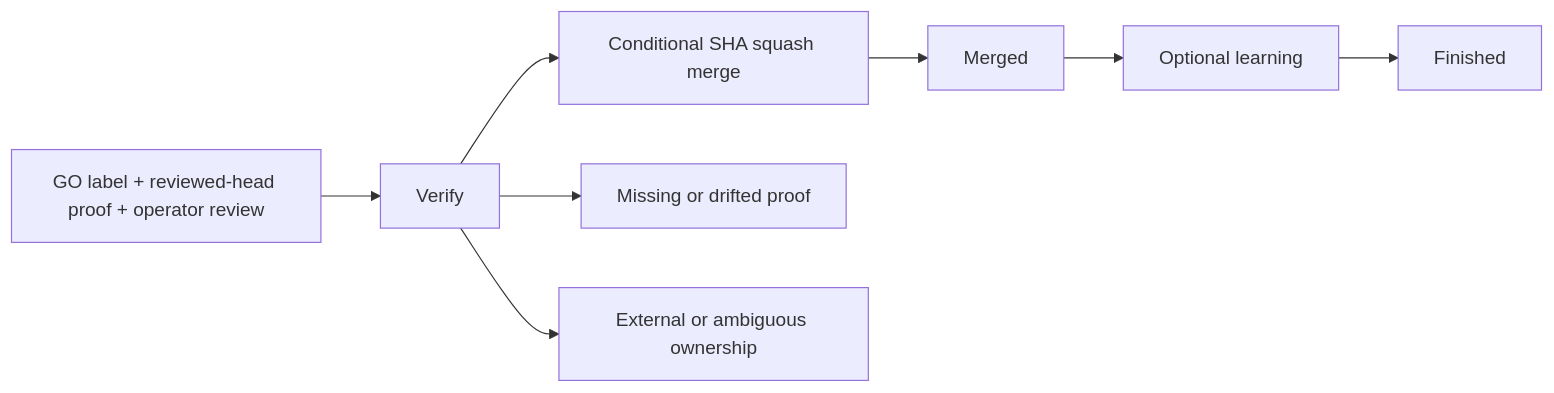
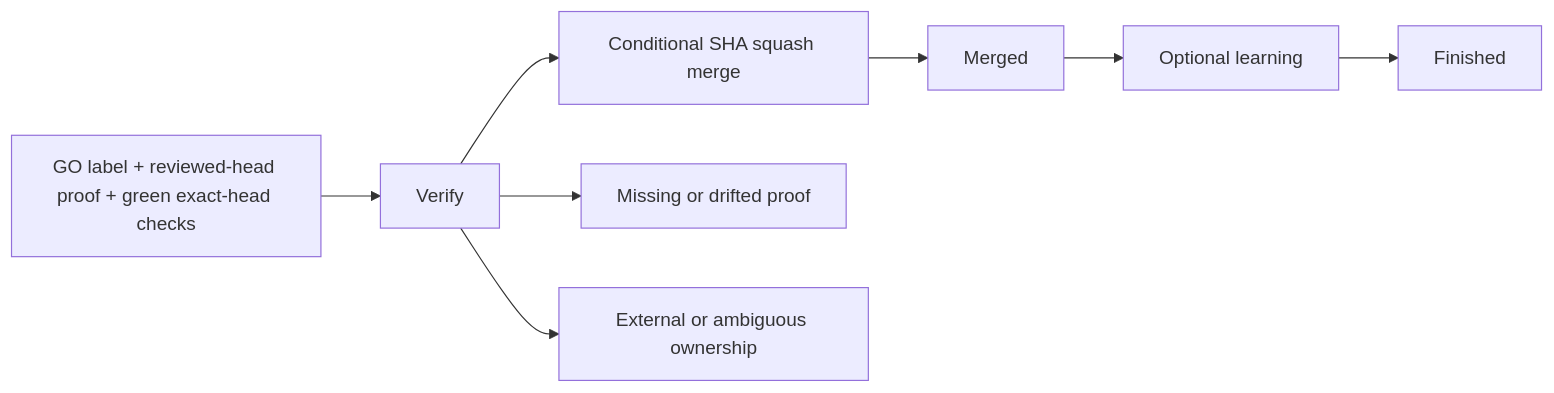
One commit to HomericIntelligence/Hephaestus changed diagram 13 of 16 in docs/architecture.md. Above: the diagram before and after it, drawn with Mermaid. The commit also changed other lines of this file and 23 other files, not shown here.

Commit message:
feat(automation): authorize reviewed green heads

````diff
--- a/docs/architecture.md
+++ b/docs/architecture.md
@@ -1252,8 +1254,8 @@
 ```mermaid
 flowchart LR
-    Approved["GO label + reviewed-head proof + operator review"] --> Verify
+    Approved["GO label + reviewed-head proof + green exact-head checks"] --> Verify
     Verify --> Merge["Conditional SHA squash merge"]
     Verify --> Review["Missing or drifted proof"]
     Verify --> Operator["External or ambiguous ownership"]
     Merge --> Merged --> Learn["Optional learning"] --> Finished
 ```
````
